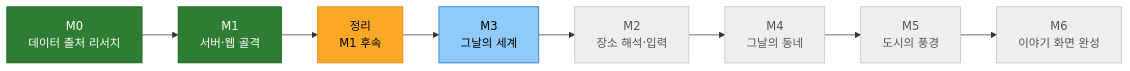
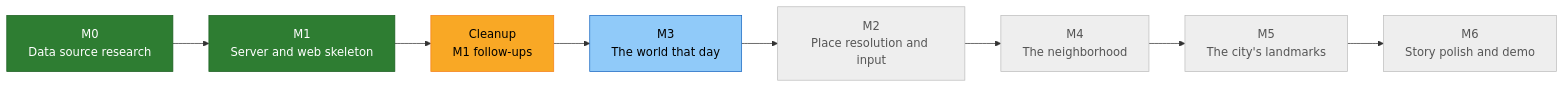
The diagram in README.md (ericmschoi/The-World-That-Day), drawn with Mermaid before and after one commit. The commit also changed other lines of this file and 10 other files, not shown here.

````diff
--- a/README.md
+++ b/README.md
@@ -19,17 +19,17 @@
 ```mermaid
 flowchart LR
-    M0["M0<br/>데이터 출처 리서치"]:::done
-    M1["M1<br/>서버·웹 골격"]:::done
-    C["정리<br/>M1 후속"]:::doing
-    M3["M3<br/>그날의 세계"]:::next
-    M2["M2<br/>장소 해석·입력"]:::todo
-    M4["M4<br/>그날의 동네"]:::todo
-    M5["M5<br/>도시의 풍경"]:::todo
-    M6["M6<br/>이야기 화면 완성"]:::todo
+    M0["M0<br/>Data source research"]:::done
+    M1["M1<br/>Server and web skeleton"]:::done
+    C["Cleanup<br/>M1 follow-ups"]:::doing
+    M3["M3<br/>The world that day"]:::next
+    M2["M2<br/>Place resolution and input"]:::todo
+    M4["M4<br/>The neighborhood"]:::todo
+    M5["M5<br/>The city's landmarks"]:::todo
+    M6["M6<br/>Story polish and demo"]:::todo
     M0 --> M1 --> C --> M3 --> M2 --> M4 --> M5 --> M6
 
     classDef done fill:#2e7d32,color:#fff,stroke:#1b5e20
     classDef doing fill:#f9a825,color:#000,stroke:#f57f17
     classDef next fill:#90caf9,color:#000,stroke:#1565c0
     classDef todo fill:#eeeeee,color:#555,stroke:#bdbdbd
 ```
````
